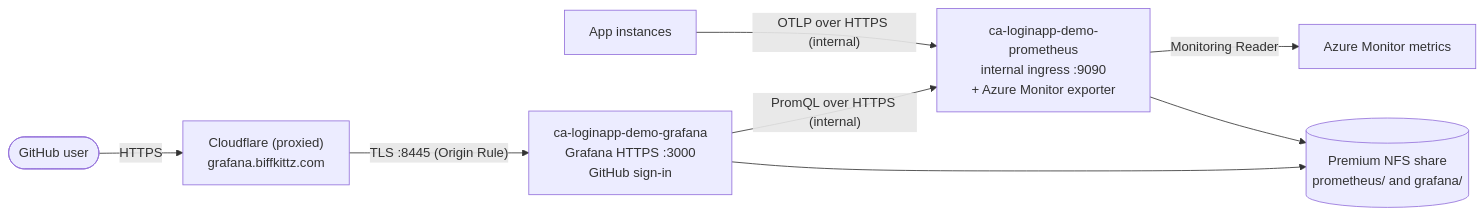
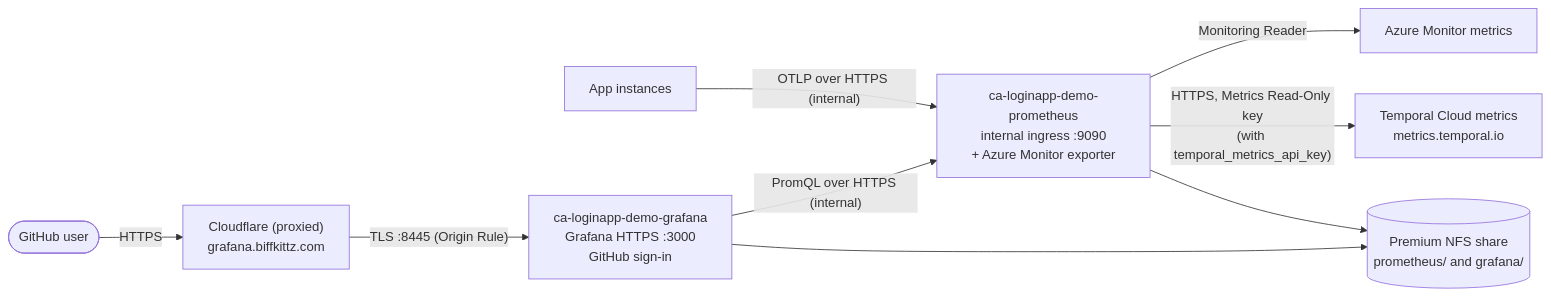
Before and after one commit to biffkittz/login-app: the second of 3 diagrams in infra/docs/ARCHITECTURE.md, drawn with Mermaid. The commit also changed other lines of this file and 22 other files, not shown here.

Commit message:
temporal metrics

````diff
--- a/infra/docs/ARCHITECTURE.md
+++ b/infra/docs/ARCHITECTURE.md
@@ -66,9 +66,10 @@
 ```mermaid
 flowchart LR
   you([GitHub user]) -->|HTTPS| cfg["Cloudflare (proxied)<br/>grafana.biffkittz.com"]
   cfg -->|"TLS :8445 (Origin Rule)"| grafana["ca-loginapp-demo-grafana<br/>Grafana HTTPS :3000<br/>GitHub sign-in"]
   app["App instances"] -->|"OTLP over HTTPS (internal)"| prom["ca-loginapp-demo-prometheus<br/>internal ingress :9090<br/>+ Azure Monitor exporter"]
   grafana -->|"PromQL over HTTPS (internal)"| prom
   prom -->|"Monitoring Reader"| monitor[Azure Monitor metrics]
+  prom -->|"HTTPS, Metrics Read-Only key<br/>(with temporal_metrics_api_key)"| tcm["Temporal Cloud metrics<br/>metrics.temporal.io"]
   prom & grafana --> nfs[("Premium NFS share<br/>prometheus/ and grafana/")]
 ```
````
